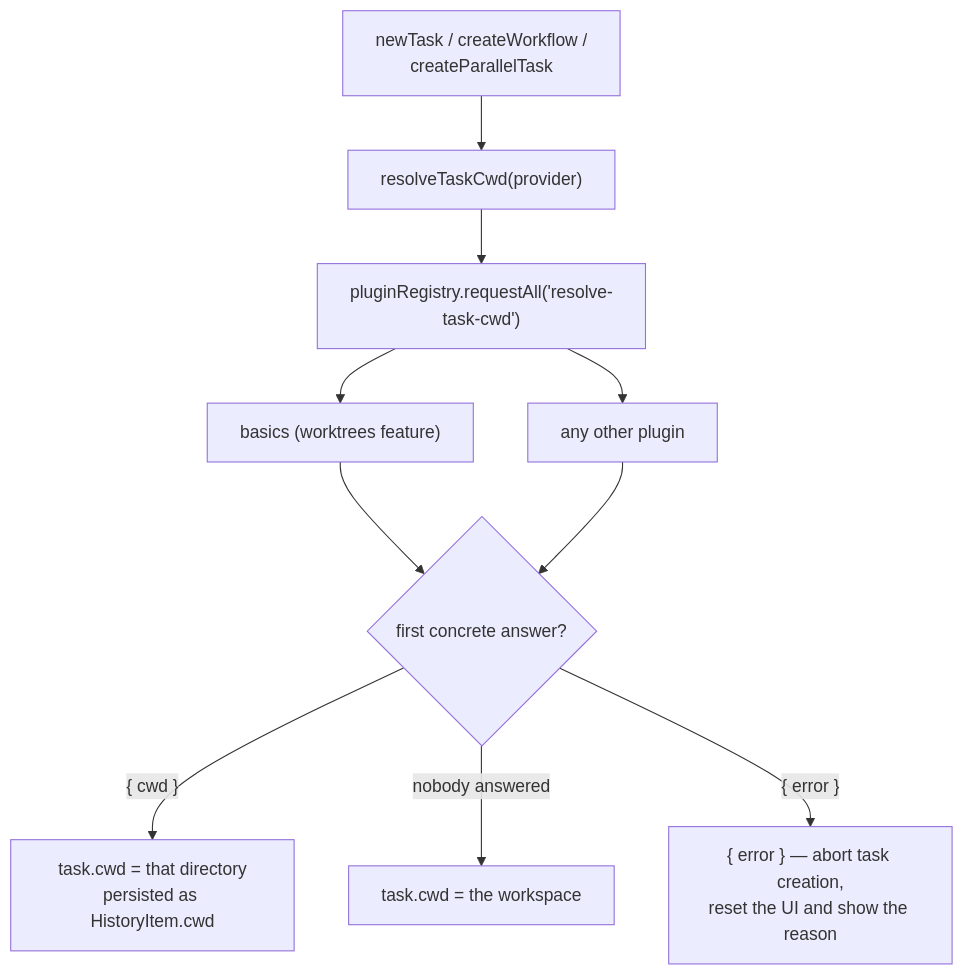
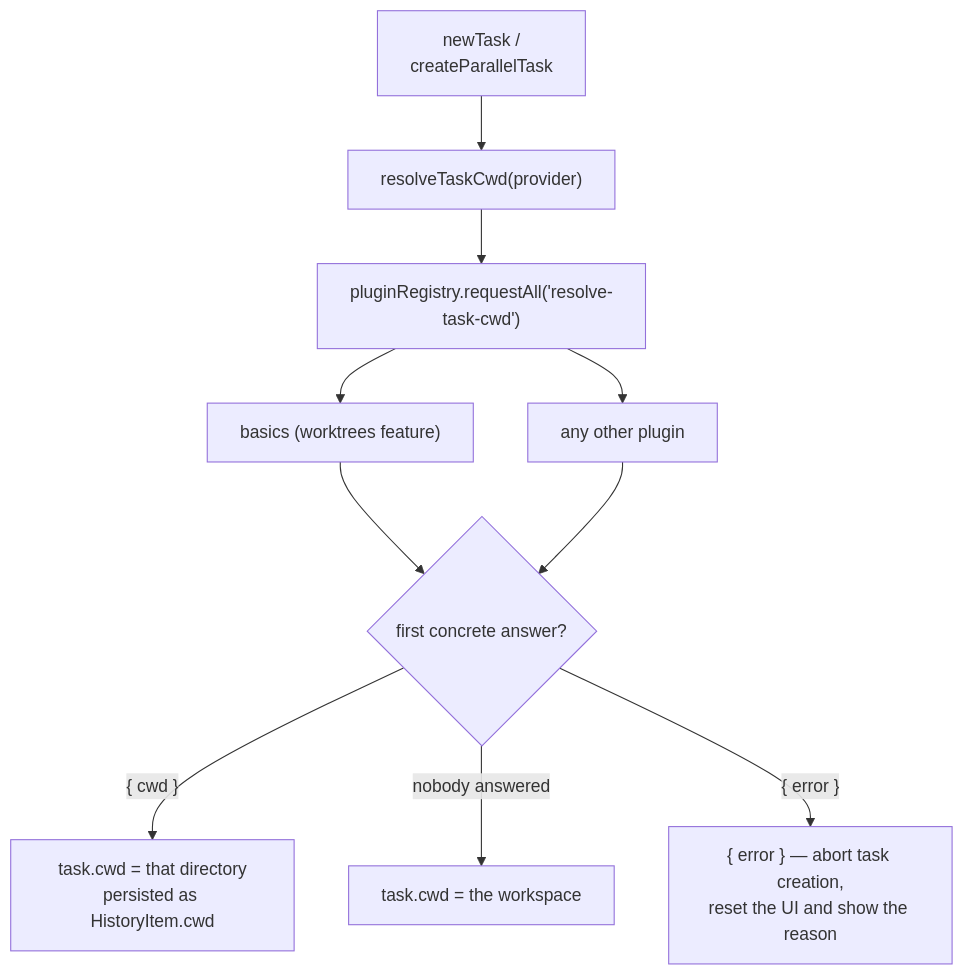
The second of 4 diagrams in plugins/basics/docs/worktrees.md (shofer-dev/shofer), drawn with Mermaid before and after one commit. The commit also changed other lines of this file and 185 other files, not shown here.

````diff
--- a/plugins/basics/docs/worktrees.md
+++ b/plugins/basics/docs/worktrees.md
@@ -103,21 +103,21 @@
 ```mermaid
 flowchart TD
-    NEW["newTask / createWorkflow /<br/>createParallelTask"]
+    NEW["newTask /<br/>createParallelTask"]
     RC["resolveTaskCwd(provider)"]
     BC["pluginRegistry.requestAll('resolve-task-cwd')"]
     P1["basics (worktrees feature)"]
     PN["any other plugin"]
     ANS{"first concrete answer?"}
     CWD["task.cwd = that directory<br/>persisted as HistoryItem.cwd"]
     WS["task.cwd = the workspace"]
     ABORT["{ error } — abort task creation,<br/>reset the UI and show the reason"]
 
     NEW --> RC --> BC
     BC --> P1
     BC --> PN
     P1 --> ANS
     PN --> ANS
     ANS -->|"{ cwd }"| CWD
     ANS -->|"nobody answered"| WS
     ANS -->|"{ error }"| ABORT
 ```
````
